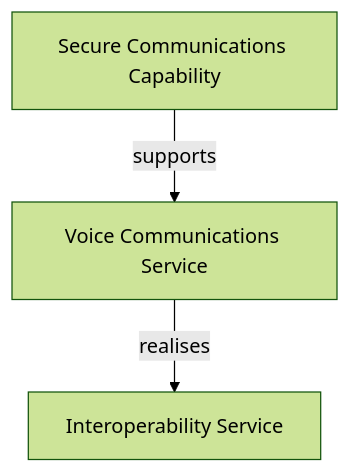
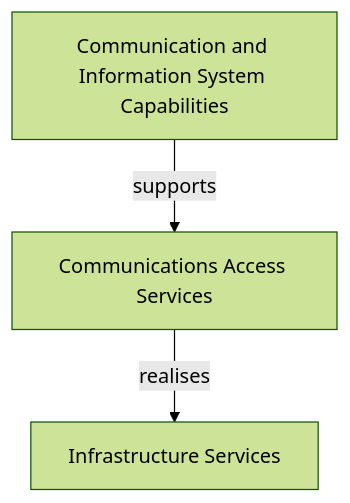
Before and after one commit to carstenartur/Taxonomy: the diagram in docs/EXAMPLES.md, drawn with Mermaid (forest theme). The commit also changed other lines of this file and 34 other files, not shown here.

````diff
--- a/docs/EXAMPLES.md
+++ b/docs/EXAMPLES.md
@@ -260,8 +264,8 @@
 ```mermaid
 graph TD
-    CP-3["Secure Communications Capability"]
-    CO-2["Voice Communications Service"]
-    CR-5["Interoperability Service"]
-    CP-3 -->|supports| CO-2
-    CO-2 -->|realises| CR-5
+    CP-1023["Communication and Information System Capabilities"]
+    CO-1011["Communications Access Services"]
+    CR-1047["Infrastructure Services"]
+    CP-1023 -->|supports| CO-1011
+    CO-1011 -->|realises| CR-1047
 ```
````
